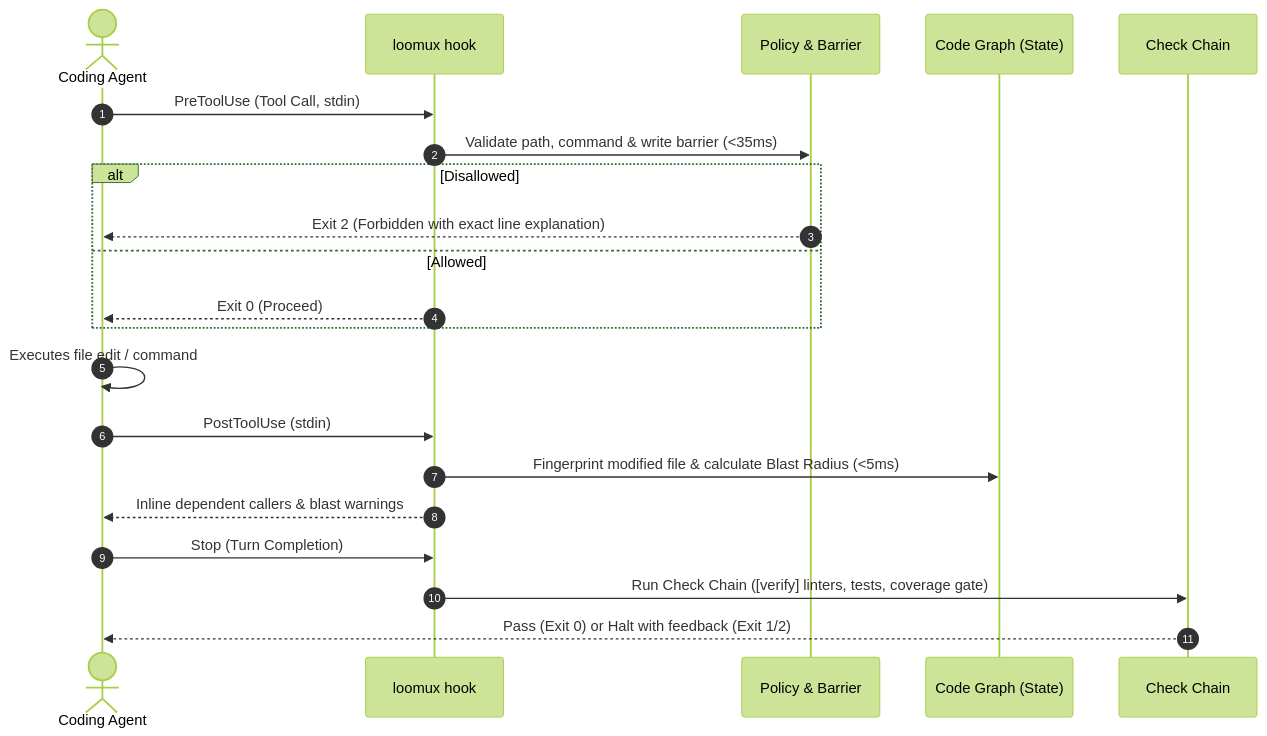
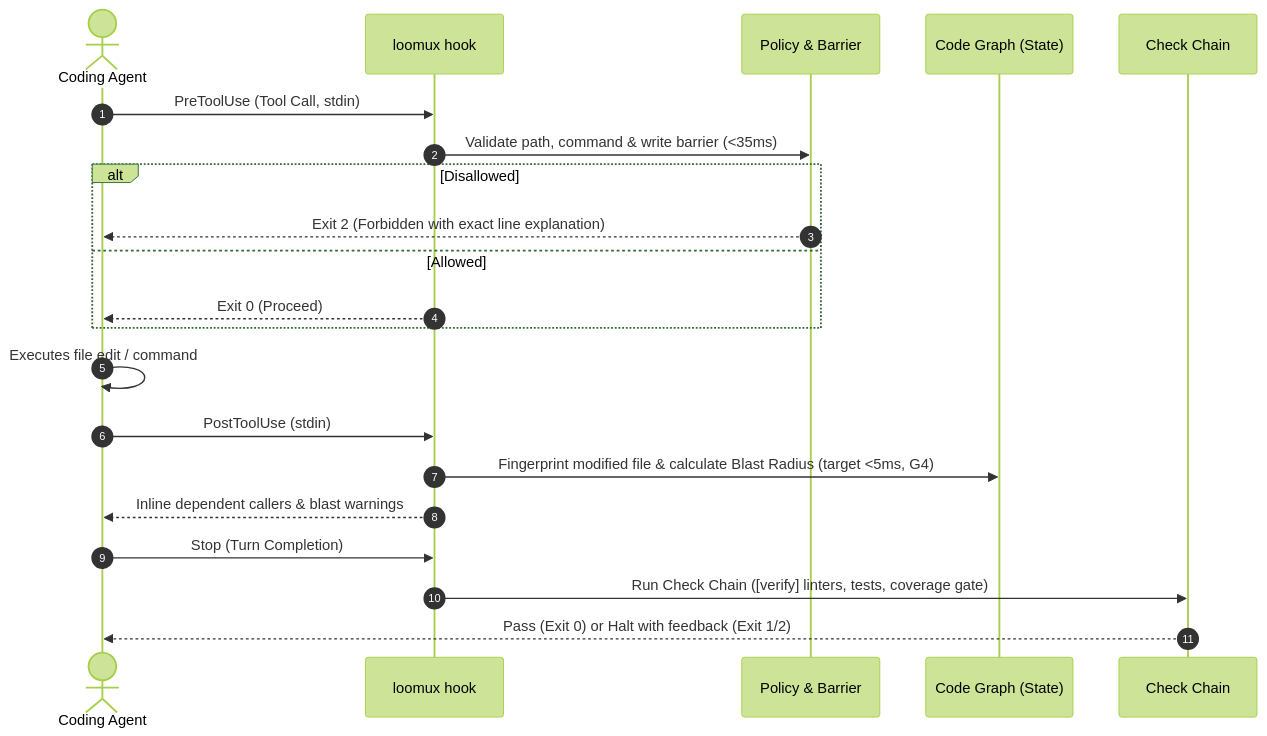
The second of 4 diagrams in README.md (xidus90/loomux), drawn with Mermaid (forest theme) before and after one commit. The commit also changed other lines of this file and 3 other files, not shown here.

First line of the commit message:
Call the remaining graph latencies targets

````diff
--- a/README.md
+++ b/README.md
@@ -46,27 +46,27 @@
 ```mermaid
 sequenceDiagram
     autonumber
     actor Agent as Coding Agent
     participant Hook as loomux hook
     participant Policy as Policy & Barrier
     participant Graph as Code Graph (State)
     participant Verify as Check Chain
 
     Agent->>Hook: PreToolUse (Tool Call, stdin)
     Hook->>Policy: Validate path, command & write barrier (<35ms)
     alt Disallowed
         Policy-->>Agent: Exit 2 (Forbidden with exact line explanation)
     else Allowed
         Hook-->>Agent: Exit 0 (Proceed)
     end
 
     Agent->>Agent: Executes file edit / command
 
     Agent->>Hook: PostToolUse (stdin)
-    Hook->>Graph: Fingerprint modified file & calculate Blast Radius (<5ms)
+    Hook->>Graph: Fingerprint modified file & calculate Blast Radius (target <5ms, G4)
     Hook-->>Agent: Inline dependent callers & blast warnings
 
     Agent->>Hook: Stop (Turn Completion)
     Hook->>Verify: Run Check Chain ([verify] linters, tests, coverage gate)
     Verify-->>Agent: Pass (Exit 0) or Halt with feedback (Exit 1/2)
 ```
````
